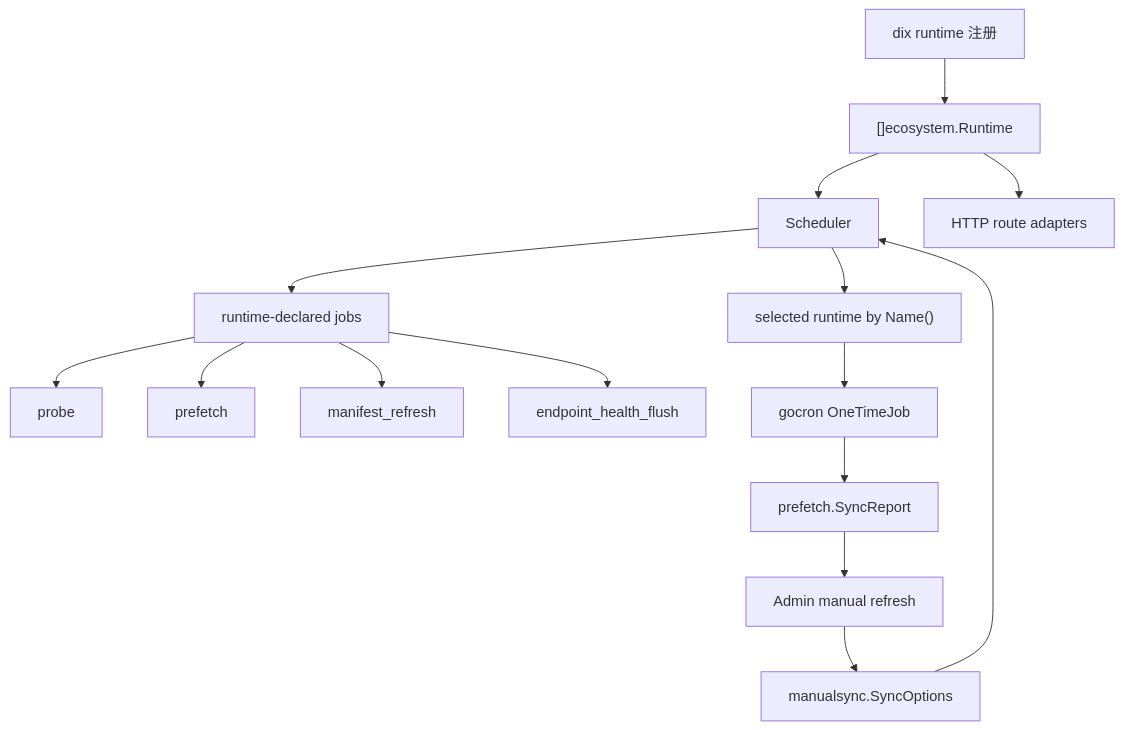
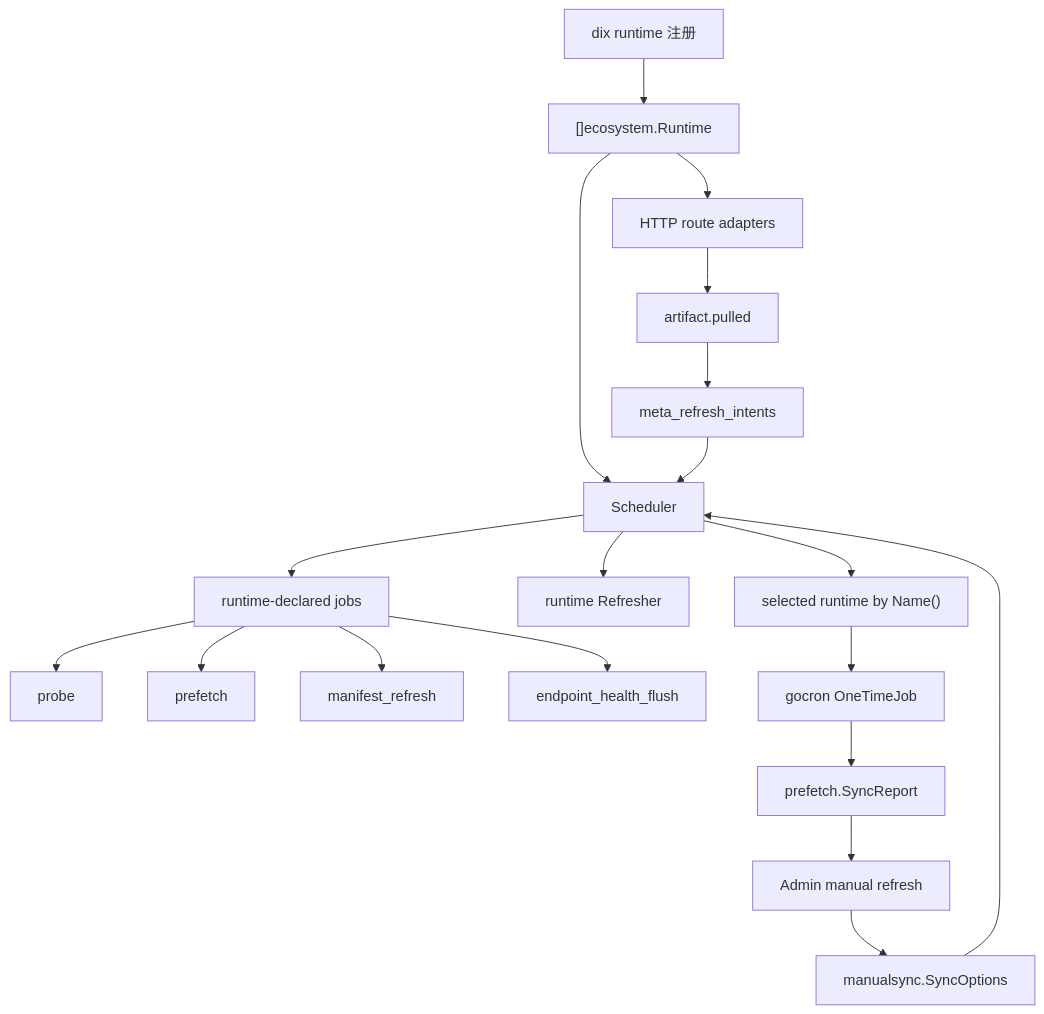
The third of 4 diagrams in docs/zh/design.md (lyonbrown4d/regimux), drawn with Mermaid before and after one commit. The commit also changed other lines of this file and 3 other files, not shown here.

````diff
--- a/docs/zh/design.md
+++ b/docs/zh/design.md
@@ -177,19 +190,24 @@
 ```mermaid
 flowchart TD
   dix["dix runtime 注册"] --> runtimes["[]ecosystem.Runtime"]
   runtimes --> scheduler["Scheduler"]
   runtimes --> routes["HTTP route adapters"]
 
   scheduler --> jobs["runtime-declared jobs"]
   jobs --> probe["probe"]
   jobs --> prefetch["prefetch"]
   jobs --> refresh["manifest_refresh"]
   jobs --> flush["endpoint_health_flush"]
 
+  routes --> events["artifact.pulled"]
+  events --> intents["meta_refresh_intents"]
+  intents --> scheduler
+  scheduler --> refresher["runtime Refresher"]
+
   admin["Admin manual refresh"] --> syncopts["manualsync.SyncOptions"]
   syncopts --> scheduler
   scheduler --> selected["selected runtime by Name()"]
   selected --> onetime["gocron OneTimeJob"]
   onetime --> report["prefetch.SyncReport"]
   report --> admin
 ```
````
